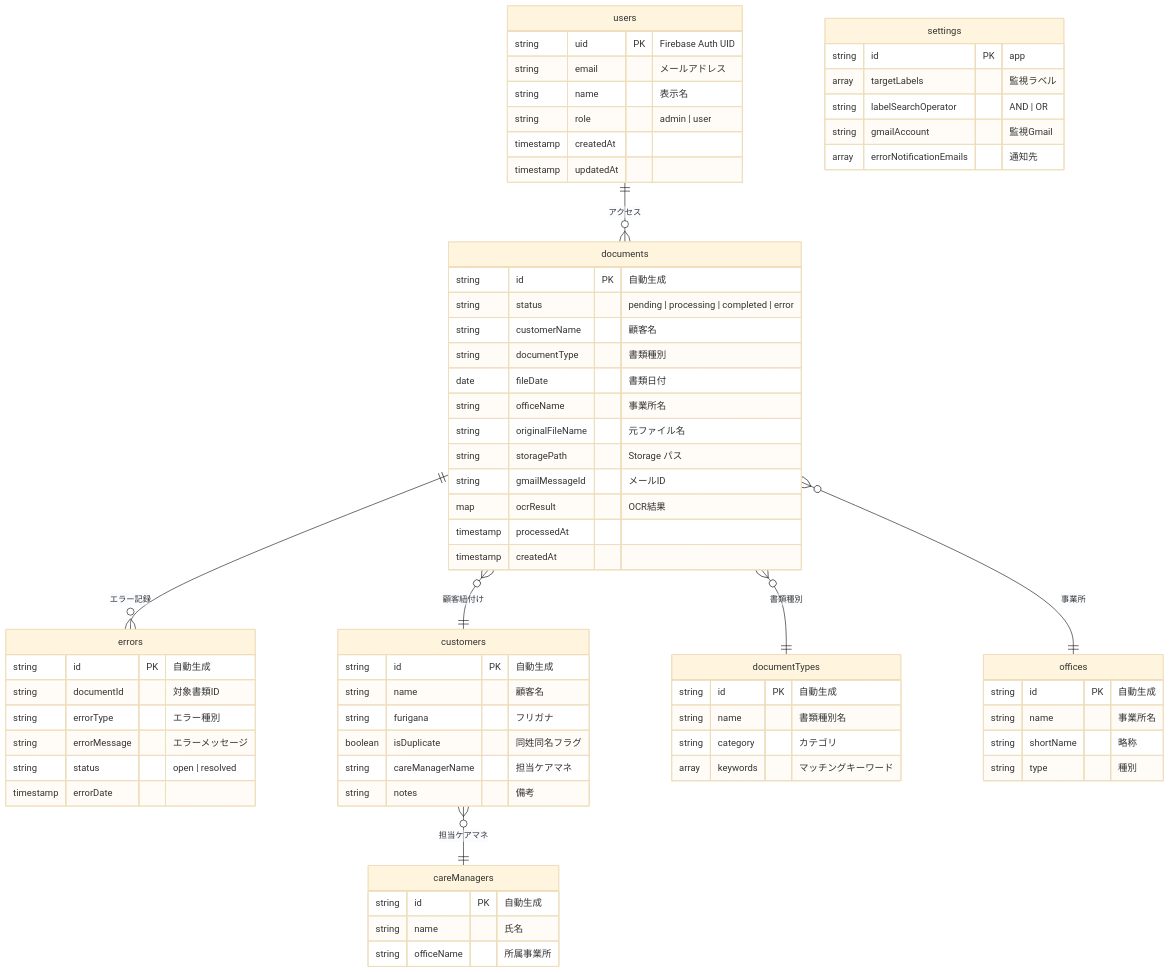
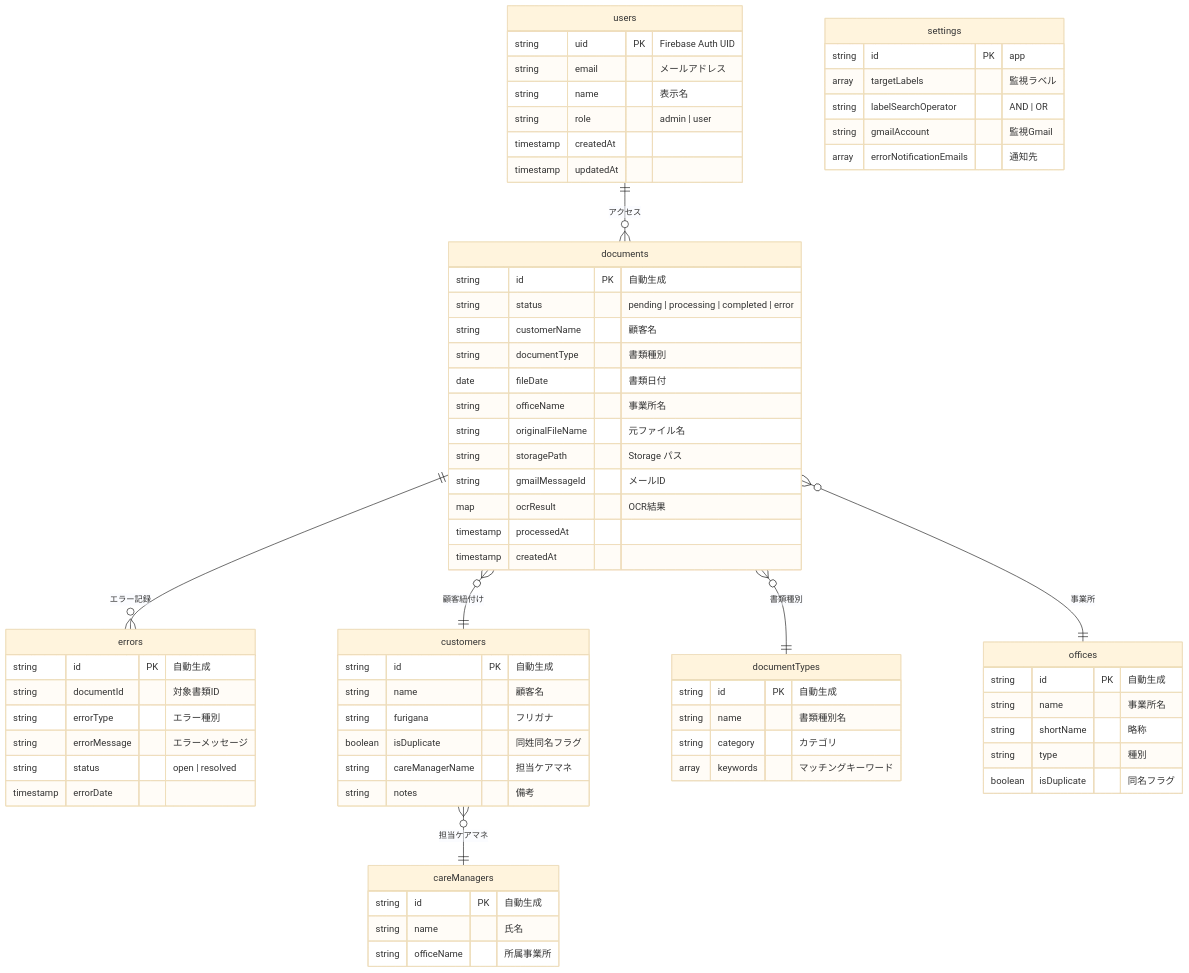
Before and after one commit to yasushi-honda/doc-split: the first of 2 diagrams in docs/data-model.md, drawn with Mermaid (base theme). The commit also changed other lines of this file and 3 other files, not shown here.

````diff
--- a/docs/data-model.md
+++ b/docs/data-model.md
@@ -5,79 +5,80 @@
 ```mermaid
 erDiagram
     users ||--o{ documents : "アクセス"
     documents ||--o{ errors : "エラー記録"
     documents }o--|| customers : "顧客紐付け"
     documents }o--|| documentTypes : "書類種別"
     documents }o--|| offices : "事業所"
     customers }o--|| careManagers : "担当ケアマネ"
 
     users {
         string uid PK "Firebase Auth UID"
         string email "メールアドレス"
         string name "表示名"
         string role "admin | user"
         timestamp createdAt
         timestamp updatedAt
     }
 
     documents {
         string id PK "自動生成"
         string status "pending | processing | completed | error"
         string customerName "顧客名"
         string documentType "書類種別"
         date fileDate "書類日付"
         string officeName "事業所名"
         string originalFileName "元ファイル名"
         string storagePath "Storage パス"
         string gmailMessageId "メールID"
         map ocrResult "OCR結果"
         timestamp processedAt
         timestamp createdAt
     }
 
     customers {
         string id PK "自動生成"
         string name "顧客名"
         string furigana "フリガナ"
         boolean isDuplicate "同姓同名フラグ"
         string careManagerName "担当ケアマネ"
         string notes "備考"
     }
 
     documentTypes {
         string id PK "自動生成"
         string name "書類種別名"
         string category "カテゴリ"
         array keywords "マッチングキーワード"
     }
 
     offices {
         string id PK "自動生成"
         string name "事業所名"
         string shortName "略称"
         string type "種別"
+        boolean isDuplicate "同名フラグ"
     }
 
     careManagers {
         string id PK "自動生成"
         string name "氏名"
         string officeName "所属事業所"
     }
 
     errors {
         string id PK "自動生成"
         string documentId "対象書類ID"
         string errorType "エラー種別"
         string errorMessage "エラーメッセージ"
         string status "open | resolved"
         timestamp errorDate
     }
 
     settings {
         string id PK "app"
         array targetLabels "監視ラベル"
         string labelSearchOperator "AND | OR"
         string gmailAccount "監視Gmail"
         array errorNotificationEmails "通知先"
     }
 ```
````
